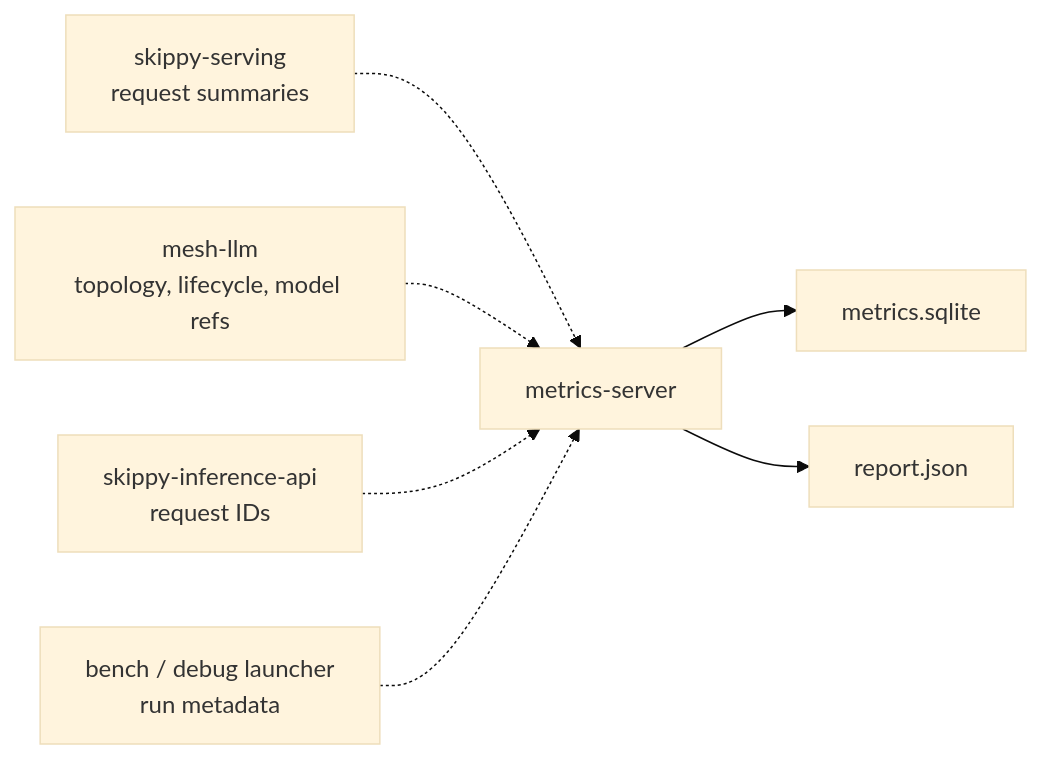
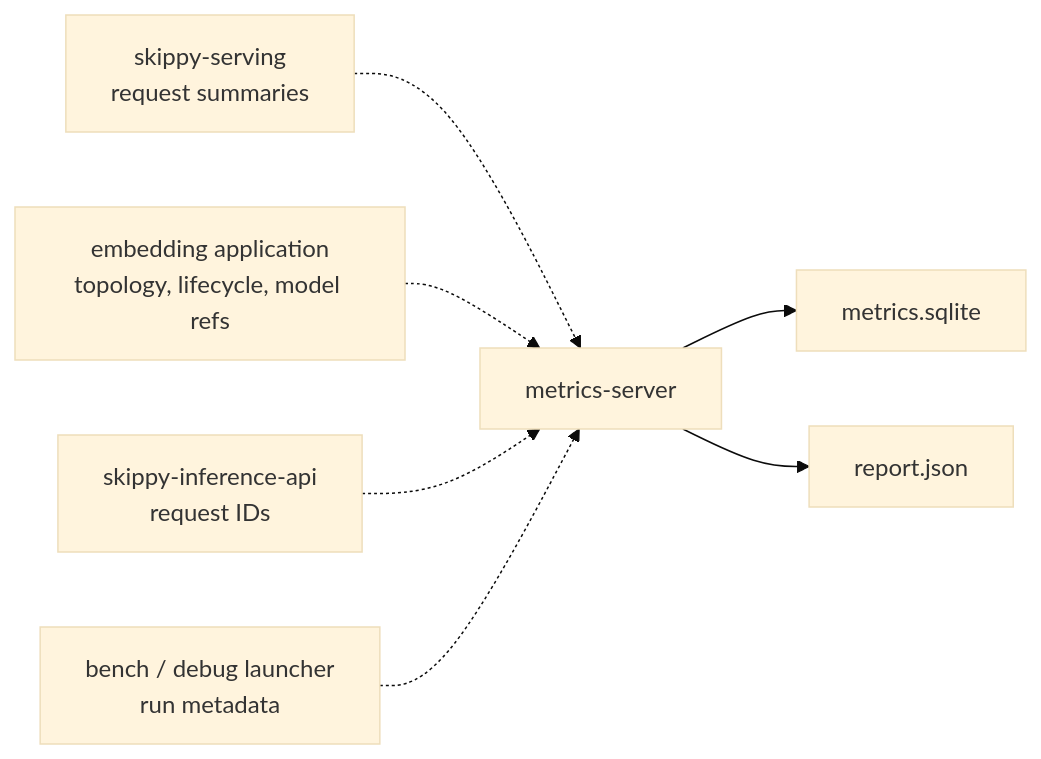
Before and after one commit to Mesh-LLM/skippy: the diagram in crates/metrics-server/README.md, drawn with Mermaid (base theme). The commit also changed 463 other files, not shown here.

````diff
--- a/crates/metrics-server/README.md
+++ b/crates/metrics-server/README.md
@@ -14,9 +14,9 @@
 ```mermaid
 flowchart LR
     S["skippy-serving<br/>request summaries"] -.-> M["metrics-server"]
-    Mesh["mesh-llm<br/>topology, lifecycle, model refs"] -.-> M
+    Host["embedding application<br/>topology, lifecycle, model refs"] -.-> M
     O["skippy-inference-api<br/>request IDs"] -.-> M
     B["bench / debug launcher<br/>run metadata"] -.-> M
     M --> D["metrics.sqlite"]
     M --> R["report.json"]
 ```
````
